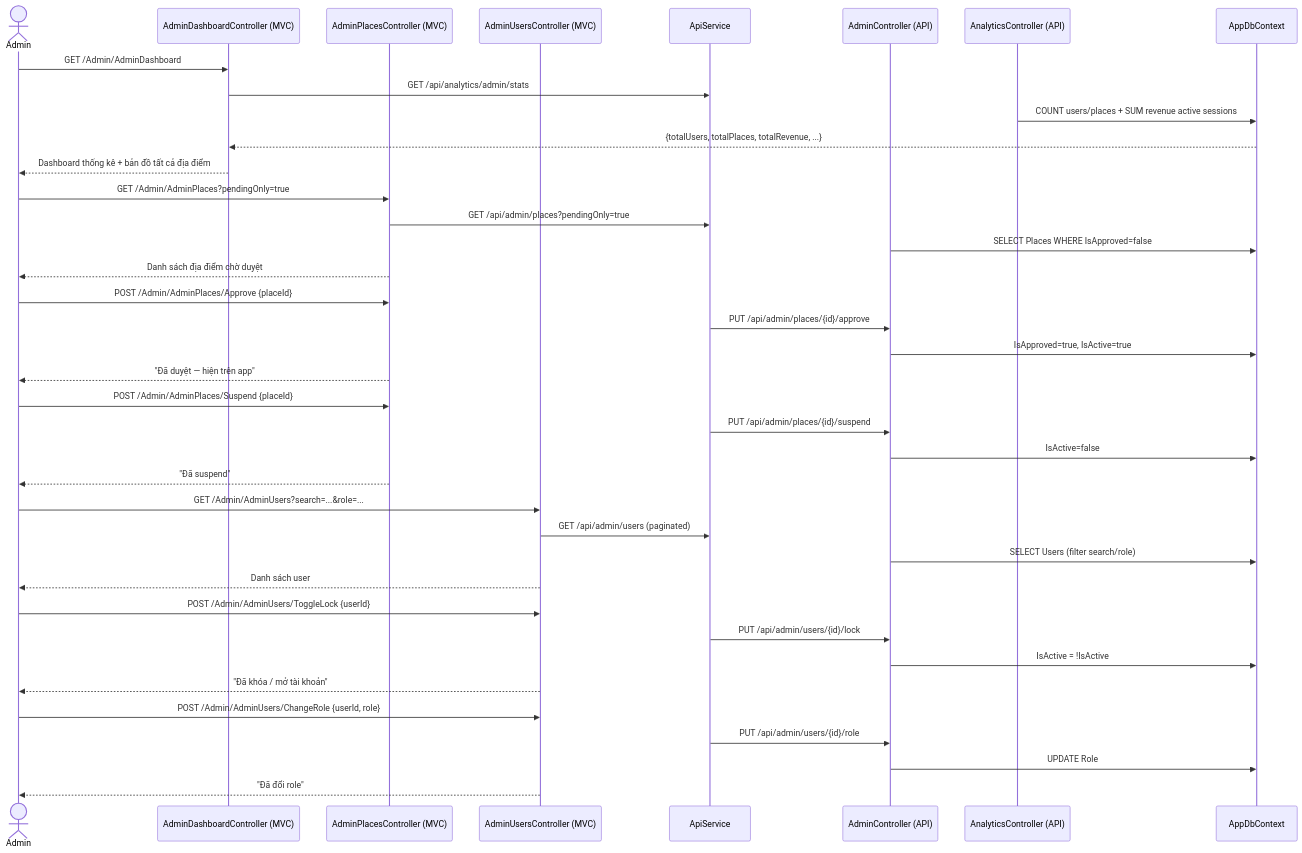
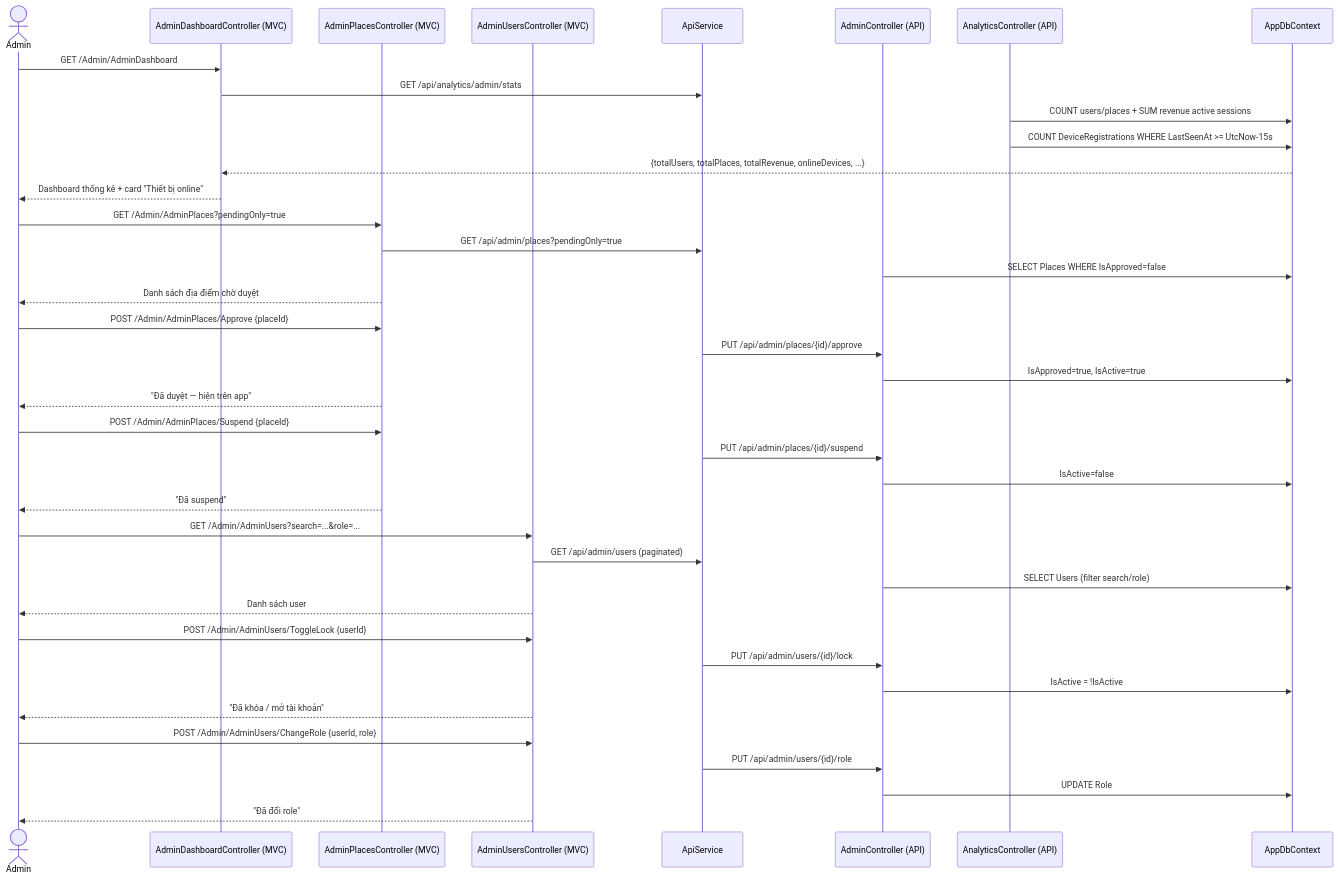
One commit to MTai55/TourguideProjectApp changed diagram 15 of 22 in PRD.md. Above: the diagram before and after it, drawn with Mermaid. The commit also changed other lines of this file and 8 other files, not shown here.

````diff
--- a/PRD.md
+++ b/PRD.md
@@ -1764,47 +1764,48 @@
 ```mermaid
 sequenceDiagram
     actor Admin
     participant DashMVC as AdminDashboardController (MVC)
     participant PlacesMVC as AdminPlacesController (MVC)
     participant UsersMVC as AdminUsersController (MVC)
     participant API as ApiService
     participant AdminAPI as AdminController (API)
     participant AnalyticsAPI as AnalyticsController (API)
     participant DB as AppDbContext
 
     Admin->>DashMVC: GET /Admin/AdminDashboard
     DashMVC->>API: GET /api/analytics/admin/stats
     AnalyticsAPI->>DB: COUNT users/places + SUM revenue active sessions
-    DB-->>DashMVC: {totalUsers, totalPlaces, totalRevenue, ...}
-    DashMVC-->>Admin: Dashboard thống kê + bản đồ tất cả địa điểm
+    AnalyticsAPI->>DB: COUNT DeviceRegistrations WHERE LastSeenAt >= UtcNow-15s
+    DB-->>DashMVC: {totalUsers, totalPlaces, totalRevenue, onlineDevices, ...}
+    DashMVC-->>Admin: Dashboard thống kê + card "Thiết bị online"
 
     Admin->>PlacesMVC: GET /Admin/AdminPlaces?pendingOnly=true
     PlacesMVC->>API: GET /api/admin/places?pendingOnly=true
     AdminAPI->>DB: SELECT Places WHERE IsApproved=false
     PlacesMVC-->>Admin: Danh sách địa điểm chờ duyệt
 
     Admin->>PlacesMVC: POST /Admin/AdminPlaces/Approve {placeId}
     API->>AdminAPI: PUT /api/admin/places/{id}/approve
     AdminAPI->>DB: IsApproved=true, IsActive=true
     PlacesMVC-->>Admin: "Đã duyệt — hiện trên app"
 
     Admin->>PlacesMVC: POST /Admin/AdminPlaces/Suspend {placeId}
     API->>AdminAPI: PUT /api/admin/places/{id}/suspend
     AdminAPI->>DB: IsActive=false
     PlacesMVC-->>Admin: "Đã suspend"
 
     Admin->>UsersMVC: GET /Admin/AdminUsers?search=...&role=...
     UsersMVC->>API: GET /api/admin/users (paginated)
     AdminAPI->>DB: SELECT Users (filter search/role)
     UsersMVC-->>Admin: Danh sách user
 
     Admin->>UsersMVC: POST /Admin/AdminUsers/ToggleLock {userId}
     API->>AdminAPI: PUT /api/admin/users/{id}/lock
     AdminAPI->>DB: IsActive = !IsActive
     UsersMVC-->>Admin: "Đã khóa / mở tài khoản"
 
     Admin->>UsersMVC: POST /Admin/AdminUsers/ChangeRole {userId, role}
     API->>AdminAPI: PUT /api/admin/users/{id}/role
     AdminAPI->>DB: UPDATE Role
     UsersMVC-->>Admin: "Đã đổi role"
 ```
````
